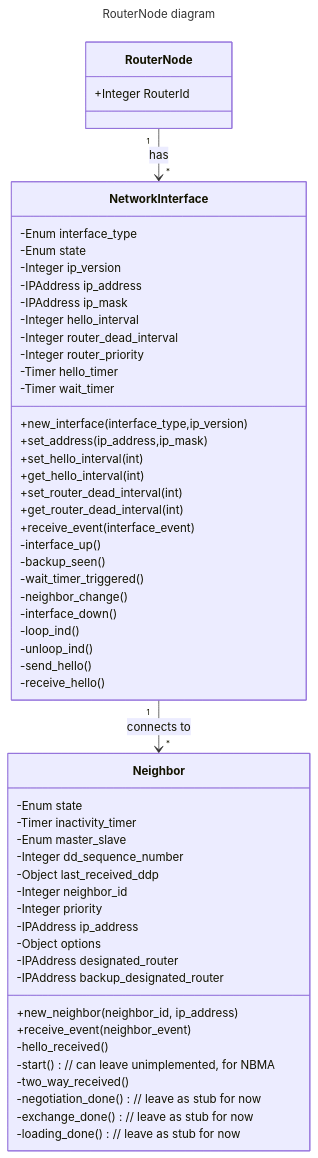
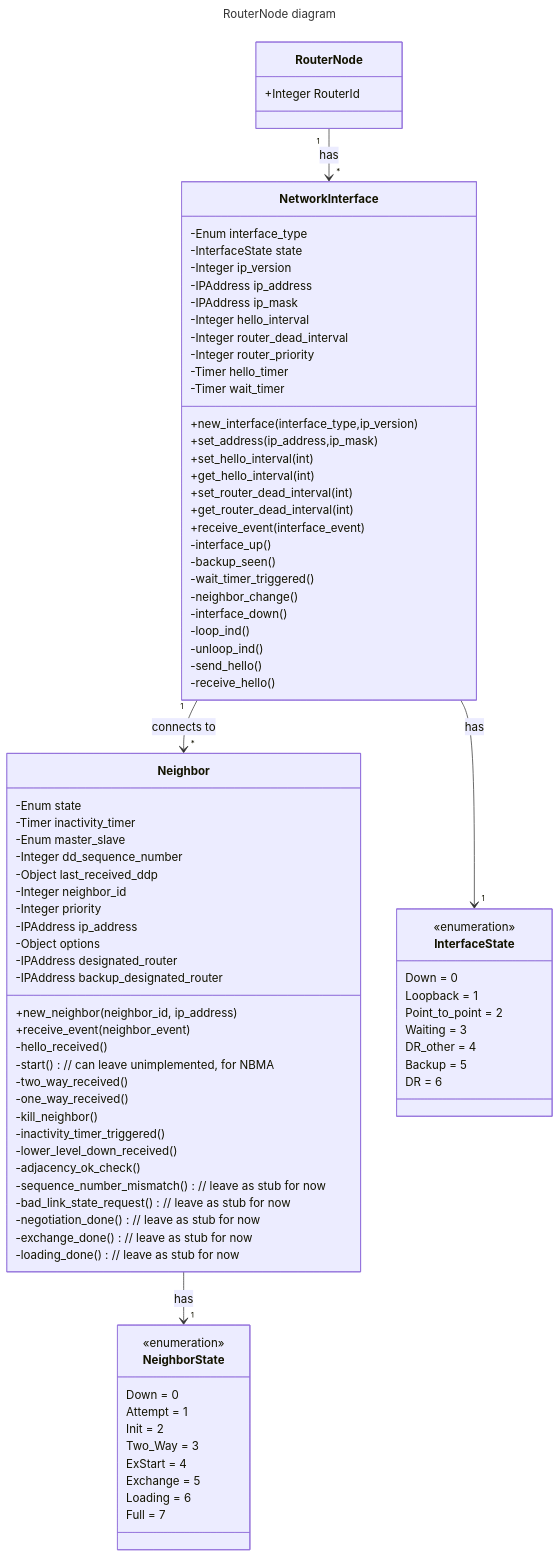
Before and after one commit to aniemela-cloud/uh-ds-g9-project: the diagram in Documentation/Graphs/ClassDiagram.md, drawn with Mermaid.

Commit message:
Update ClassDiagram.md with enums and some missing events
Added InterfaceState and NeighborState enumerations to the class diagram. Also added a few event handler functions I'd missed (basically the "oh every state also has these transitions that are not shown in the actual chart" events)

````diff
--- a/Documentation/Graphs/ClassDiagram.md
+++ b/Documentation/Graphs/ClassDiagram.md
@@ -10,7 +10,7 @@
   }
   class NetworkInterface {
     -Enum interface_type
-    -Enum state
+    -InterfaceState state
     -Integer ip_version
     -IPAddress ip_address
     -IPAddress ip_mask
@@ -53,11 +53,39 @@
     -hello_received()
     -start() // can leave unimplemented, for NBMA
     -two_way_received()
+    -one_way_received()
+    -kill_neighbor()
+    -inactivity_timer_triggered()
+    -lower_level_down_received()
+    -adjacency_ok_check()
+    -sequence_number_mismatch() // leave as stub for now
+    -bad_link_state_request() // leave as stub for now
     -negotiation_done() // leave as stub for now
     -exchange_done() // leave as stub for now
     -loading_done() // leave as stub for now
   }
+  class InterfaceState <<enumeration>> {
+    Down = 0
+    Loopback = 1
+    Point_to_point = 2
+    Waiting = 3
+    DR_other = 4
+    Backup = 5
+    DR = 6
+  }
+  class NeighborState <<enumeration>> {
+    Down = 0
+    Attempt = 1
+    Init = 2
+    Two_Way = 3
+    ExStart = 4
+    Exchange = 5
+    Loading = 6
+    Full = 7
+  }
   RouterNode "1" --> "*" NetworkInterface : has
+  NetworkInterface --> "1" InterfaceState : has
   NetworkInterface "1" --> "*" Neighbor : connects to
+  Neighbor --> "1" NeighborState : has
 
 ```
````
